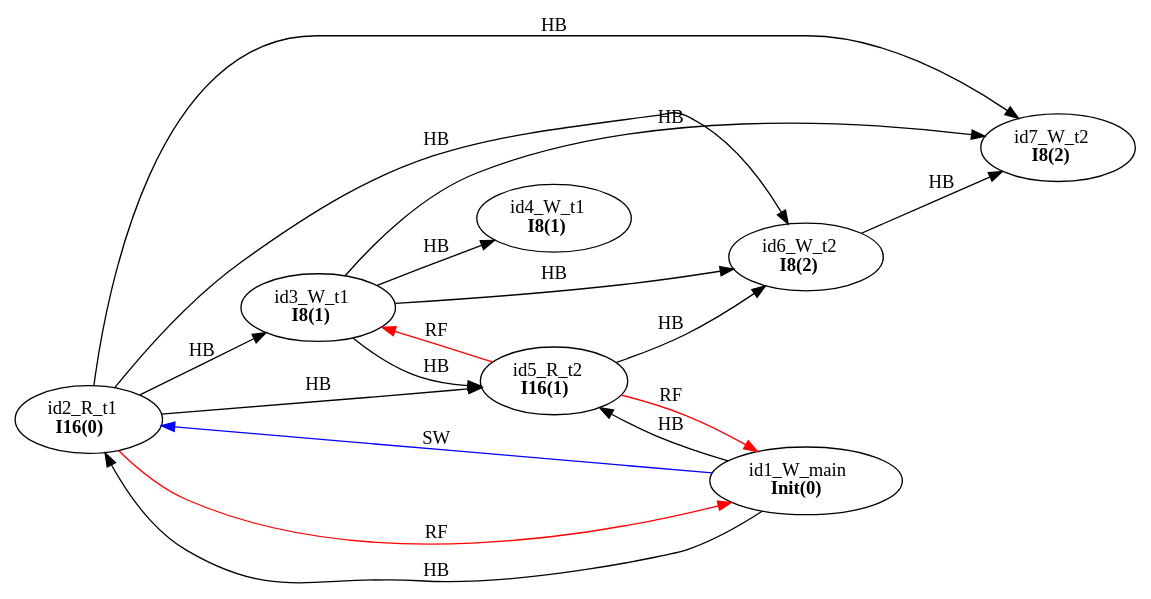
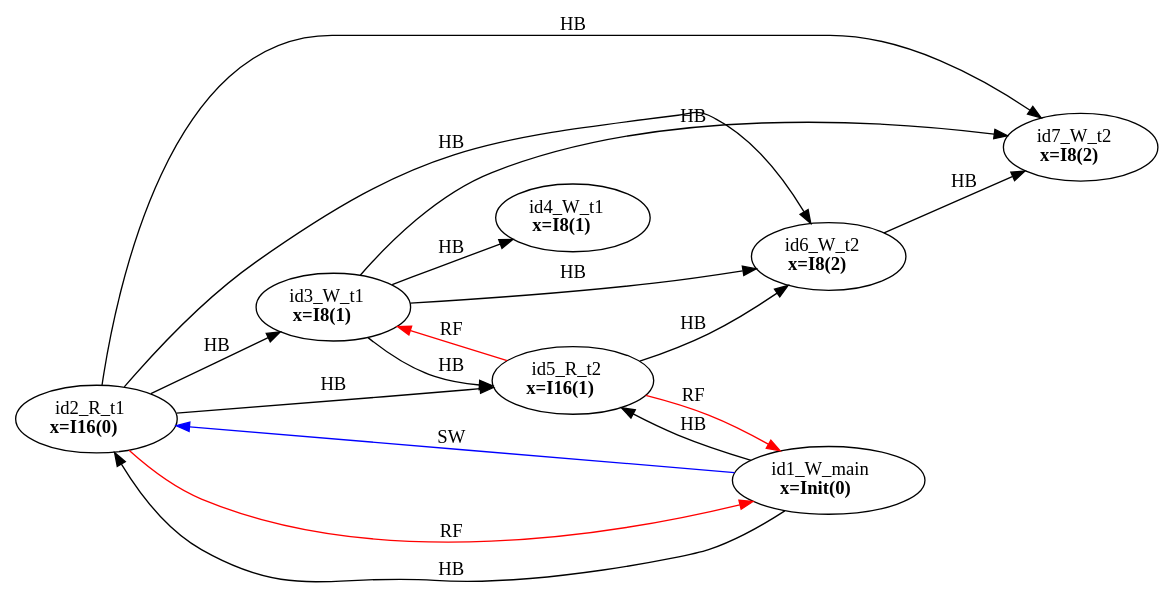
Before and after one commit to FMJS/EMME: the diagram in examples/single_var/sv_simple22/mm4.dot, drawn with Graphviz. The commit also changed 257 other files, not shown here.

```diff
--- a/examples/single_var/sv_simple22/mm4.dot
+++ b/examples/single_var/sv_simple22/mm4.dot
@@ -1,27 +1,27 @@
 digraph memory_model {
 rankdir=LR;
 splines=true; esep=0.5;
 id2_R_t1 -> id3_W_t1 [label = "HB", color="black"];
 id3_W_t1 -> id4_W_t1 [label = "HB", color="black"];
 id5_R_t2 -> id6_W_t2 [label = "HB", color="black"];
 id6_W_t2 -> id7_W_t2 [label = "HB", color="black"];
 id1_W_main -> id2_R_t1 [label = "HB", color="black"];
 id1_W_main -> id5_R_t2 [label = "HB", color="black"];
 id2_R_t1 -> id5_R_t2 [label = "HB", color="black"];
 id2_R_t1 -> id6_W_t2 [label = "HB", color="black"];
 id2_R_t1 -> id7_W_t2 [label = "HB", color="black"];
 id3_W_t1 -> id5_R_t2 [label = "HB", color="black"];
 id3_W_t1 -> id6_W_t2 [label = "HB", color="black"];
 id3_W_t1 -> id7_W_t2 [label = "HB", color="black"];
 id2_R_t1 -> id1_W_main [label = "RF", color="red"];
 id5_R_t2 -> id1_W_main [label = "RF", color="red"];
 id5_R_t2 -> id3_W_t1 [label = "RF", color="red"];
 id1_W_main -> id2_R_t1 [label = "SW", color="blue"];
-id1_W_main [label=<id1_W_main<br/><B>Init(0)</B>>, pos="2.5,6!"]
-id2_R_t1 [label=<id2_R_t1<br/><B>I16(0)</B>>, pos="0,4!"]
-id3_W_t1 [label=<id3_W_t1<br/><B>I8(1)</B>>, pos="0,2!"]
-id4_W_t1 [label=<id4_W_t1<br/><B>I8(1)</B>>, pos="0,0!"]
-id5_R_t2 [label=<id5_R_t2<br/><B>I16(1)</B>>, pos="5,4!"]
-id6_W_t2 [label=<id6_W_t2<br/><B>I8(2)</B>>, pos="5,2!"]
-id7_W_t2 [label=<id7_W_t2<br/><B>I8(2)</B>>, pos="5,0!"]
+id1_W_main [label=<id1_W_main<br/><B>x=Init(0)</B>>, pos="2.5,6!"]
+id2_R_t1 [label=<id2_R_t1<br/><B>x=I16(0)</B>>, pos="0,4!"]
+id3_W_t1 [label=<id3_W_t1<br/><B>x=I8(1)</B>>, pos="0,2!"]
+id4_W_t1 [label=<id4_W_t1<br/><B>x=I8(1)</B>>, pos="0,0!"]
+id5_R_t2 [label=<id5_R_t2<br/><B>x=I16(1)</B>>, pos="5,4!"]
+id6_W_t2 [label=<id6_W_t2<br/><B>x=I8(2)</B>>, pos="5,2!"]
+id7_W_t2 [label=<id7_W_t2<br/><B>x=I8(2)</B>>, pos="5,0!"]
 }
```
